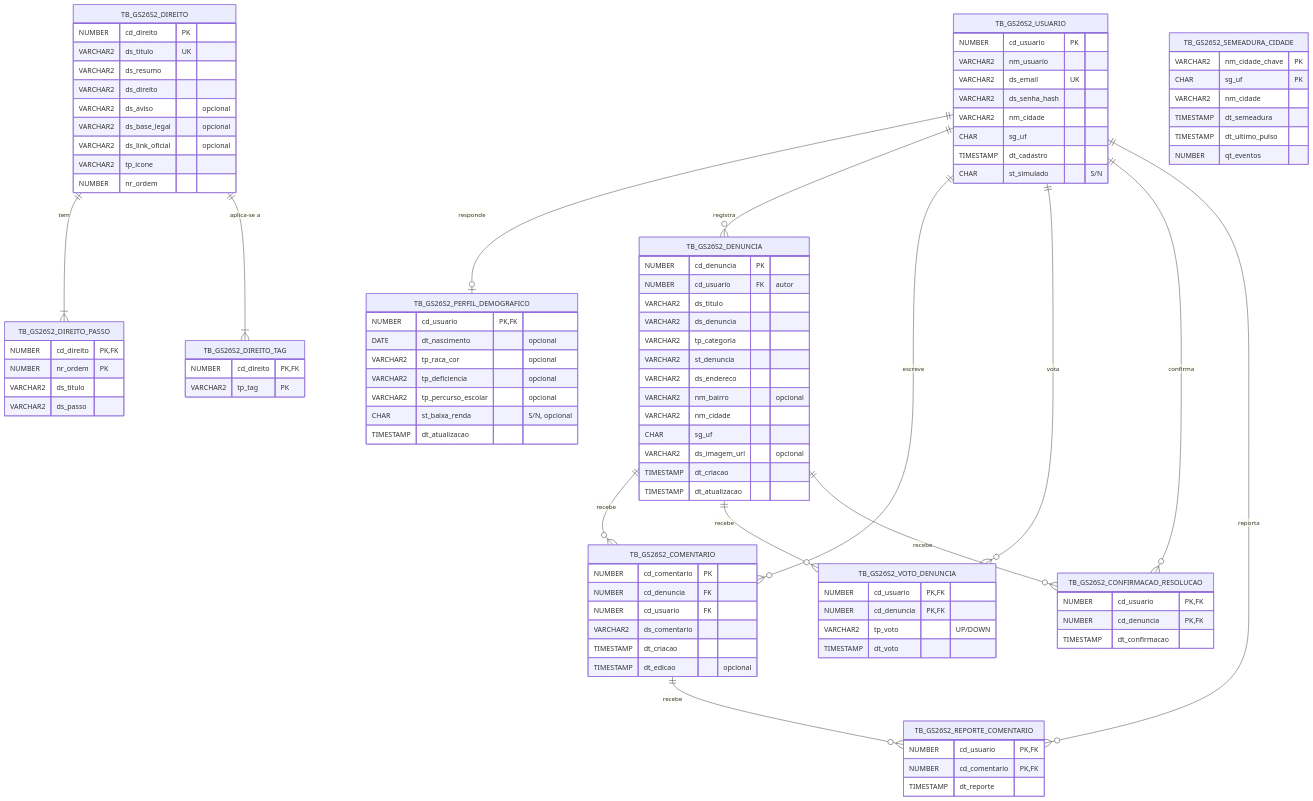
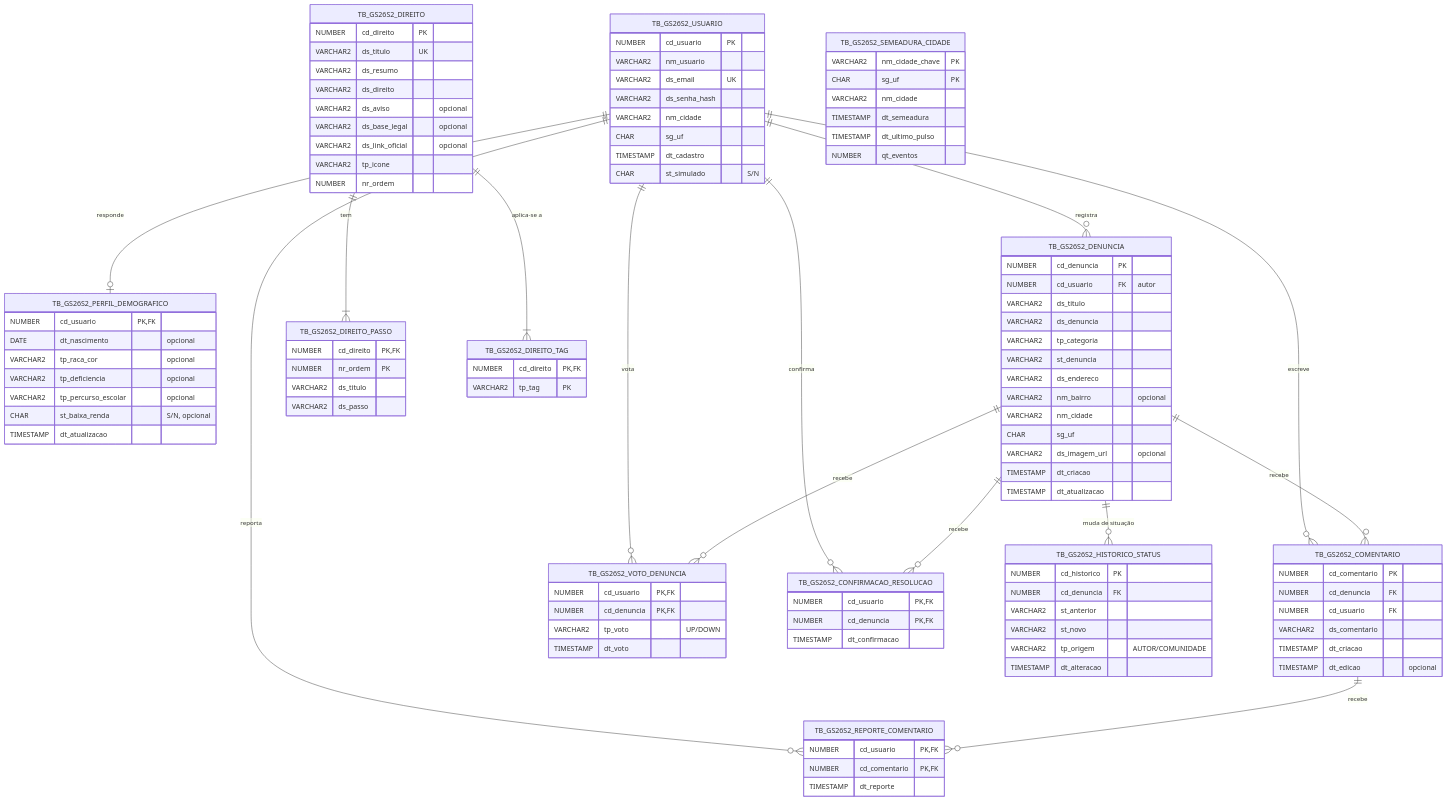
One commit to JoaoRicardoSOC/meus-direitos changed the diagram in docs/diagramas/diagrama-er.md. Above: the diagram before and after it, drawn with Mermaid. The commit also changed other lines of this file and 5 other files, not shown here.

Commit message:
docs(banco): inclui o historico de situacao no diagrama er e nas listas de objetos

```diff
--- a/docs/diagramas/diagrama-er.md
+++ b/docs/diagramas/diagrama-er.md
@@ -17,6 +17,7 @@
     TB_GS26S2_DENUNCIA ||--o{ TB_GS26S2_COMENTARIO : "recebe"
     TB_GS26S2_DENUNCIA ||--o{ TB_GS26S2_VOTO_DENUNCIA : "recebe"
     TB_GS26S2_DENUNCIA ||--o{ TB_GS26S2_CONFIRMACAO_RESOLUCAO : "recebe"
+    TB_GS26S2_DENUNCIA ||--o{ TB_GS26S2_HISTORICO_STATUS : "muda de situação"
     TB_GS26S2_USUARIO ||--o{ TB_GS26S2_REPORTE_COMENTARIO : "reporta"
     TB_GS26S2_COMENTARIO ||--o{ TB_GS26S2_REPORTE_COMENTARIO : "recebe"
     TB_GS26S2_DIREITO ||--|{ TB_GS26S2_DIREITO_PASSO : "tem"
@@ -81,6 +82,15 @@
         TIMESTAMP dt_confirmacao
     }
 
+    TB_GS26S2_HISTORICO_STATUS {
+        NUMBER cd_historico PK
+        NUMBER cd_denuncia FK
+        VARCHAR2 st_anterior
+        VARCHAR2 st_novo
+        VARCHAR2 tp_origem "AUTOR/COMUNIDADE"
+        TIMESTAMP dt_alteracao
+    }
+
     TB_GS26S2_REPORTE_COMENTARIO {
         NUMBER cd_usuario PK,FK
         NUMBER cd_comentario PK,FK
```
